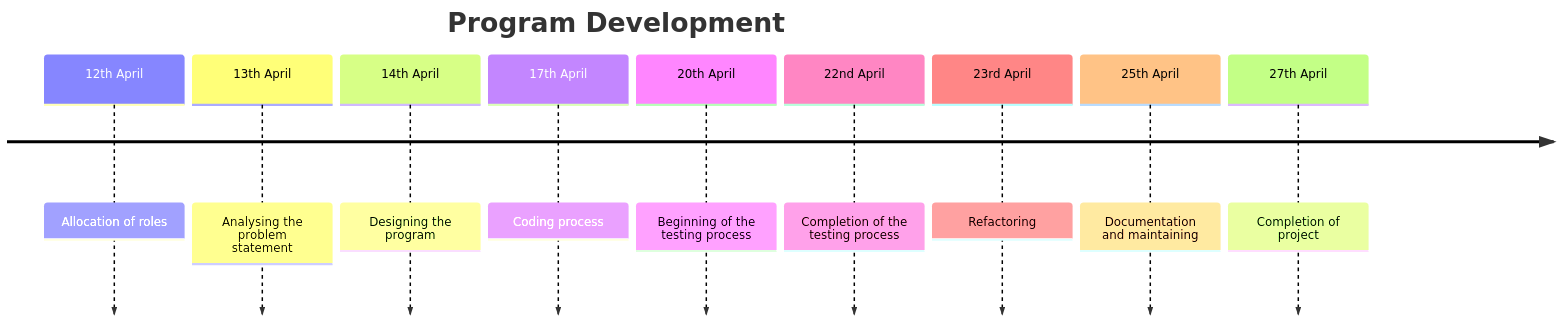
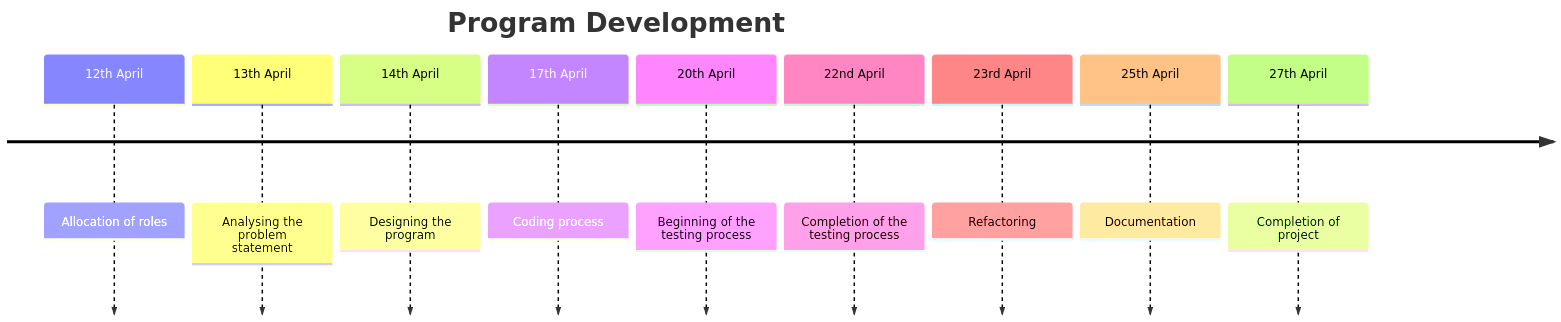
One commit to PavithraRajindra/DS-CIA-2 changed the diagram in README.md. Above: the diagram before and after it, drawn with Mermaid.

````diff
--- a/README.md
+++ b/README.md
@@ -18,13 +18,13 @@
 ```mermaid
 timeline
     title Program Development
     12th April : Allocation of roles
     13th April : Analysing the problem statement
     14th April : Designing the program
     17th April : Coding process
     20th April : Beginning of the testing process
     22nd April : Completion of the testing process
     23rd April : Refactoring
-    25th April : Documentation and maintaining
+    25th April : Documentation
     27th April : Completion of project
 ```
````
